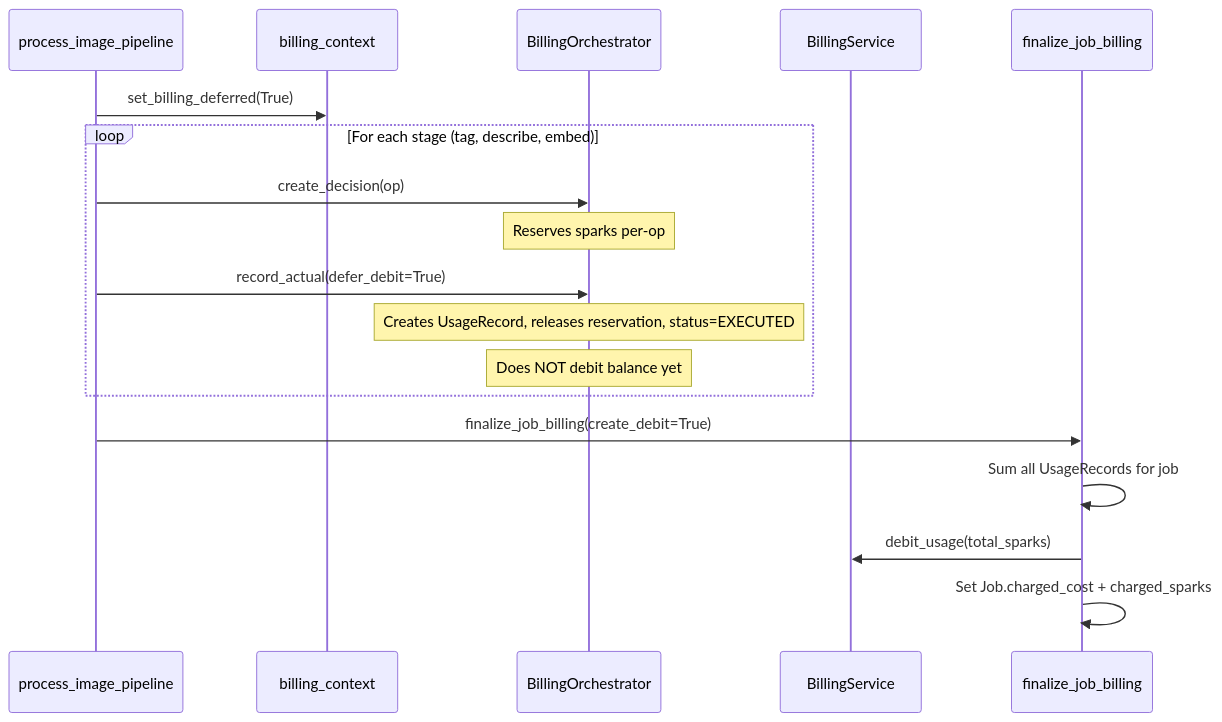
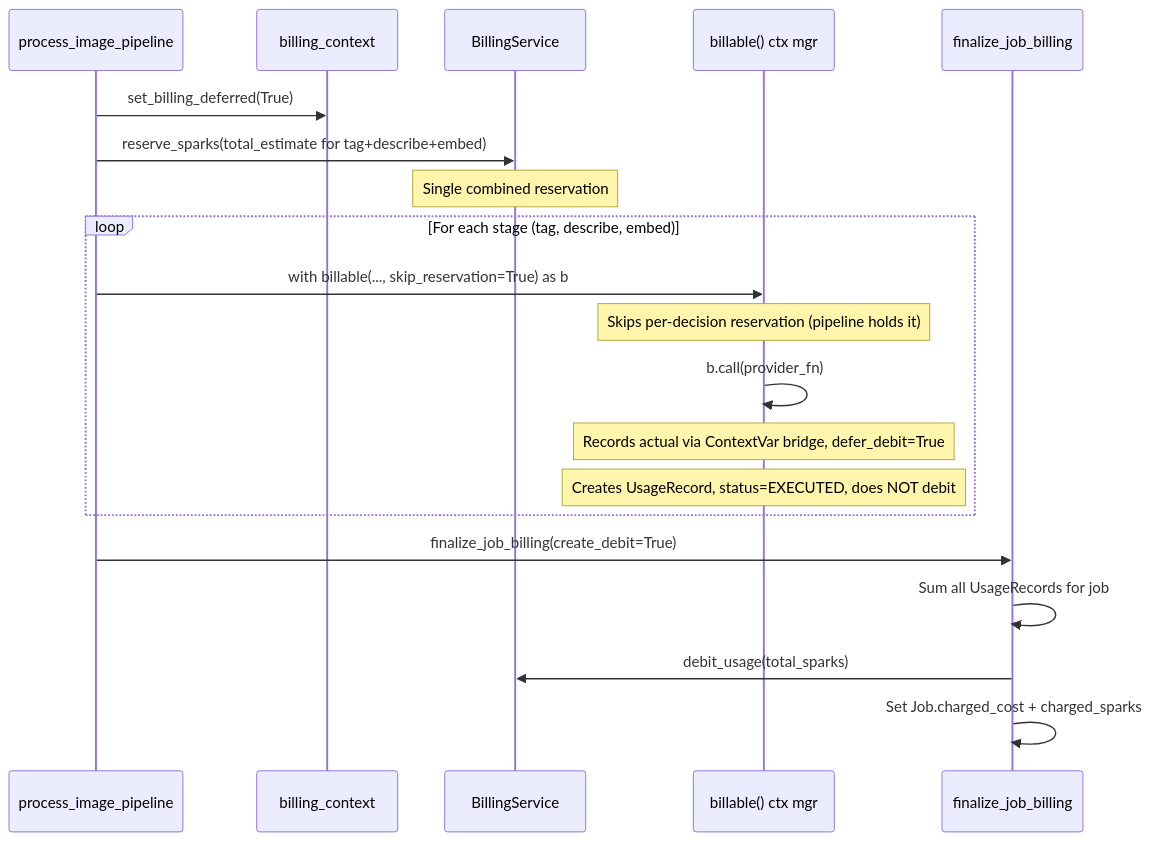
Before and after one commit to slealq/cura-ai: the third of 6 diagrams in docs/billing-and-costing-architecture-review.md, drawn with Mermaid. The commit also changed other lines of this file and 2 other files, not shown here.

First line of the commit message:
Update architecture docs to reflect implemented state (March 2026)

````diff
--- a/docs/billing-and-costing-architecture-review.md
+++ b/docs/billing-and-costing-architecture-review.md
@@ -193,23 +208,25 @@
 ```mermaid
 sequenceDiagram
     participant Task as process_image_pipeline
     participant Ctx as billing_context
-    participant Orch as BillingOrchestrator
     participant Svc as BillingService
+    participant Bill as billable() ctx mgr
     participant Fin as finalize_job_billing
 
     Task->>Ctx: set_billing_deferred(True)
+    Task->>Svc: reserve_sparks(total_estimate for tag+describe+embed)
+    Note over Svc: Single combined reservation
 
     loop For each stage (tag, describe, embed)
-        Task->>Orch: create_decision(op)
-        Note over Orch: Reserves sparks per-op
-        Task->>Orch: record_actual(defer_debit=True)
-        Note over Orch: Creates UsageRecord, releases reservation, status=EXECUTED
-        Note over Orch: Does NOT debit balance yet
+        Task->>Bill: with billable(..., skip_reservation=True) as b
+        Note over Bill: Skips per-decision reservation (pipeline holds it)
+        Bill->>Bill: b.call(provider_fn)
+        Note over Bill: Records actual via ContextVar bridge, defer_debit=True
+        Note over Bill: Creates UsageRecord, status=EXECUTED, does NOT debit
     end
 
     Task->>Fin: finalize_job_billing(create_debit=True)
     Fin->>Fin: Sum all UsageRecords for job
     Fin->>Svc: debit_usage(total_sparks)
     Fin->>Fin: Set Job.charged_cost + charged_sparks
 ```
````
